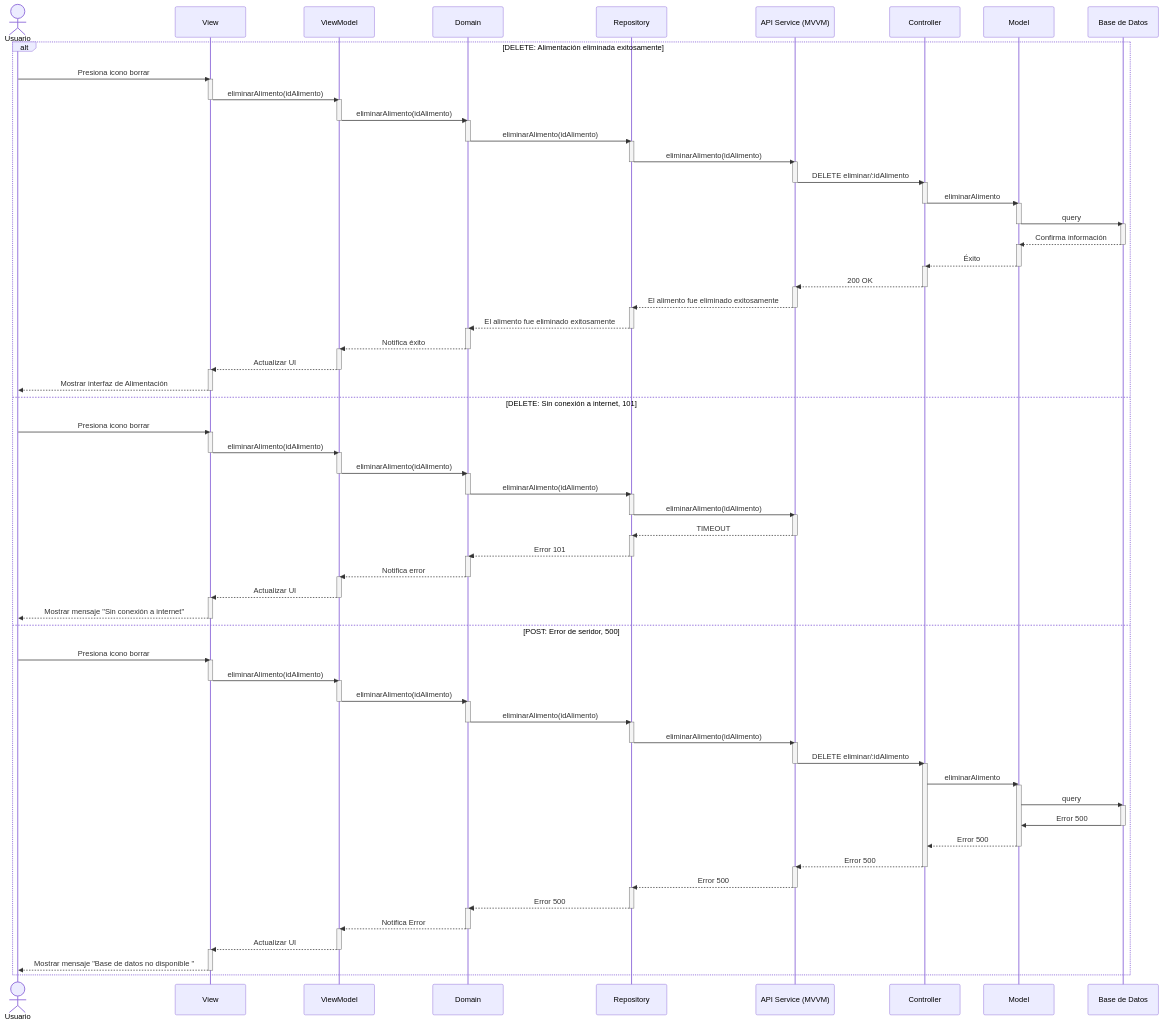
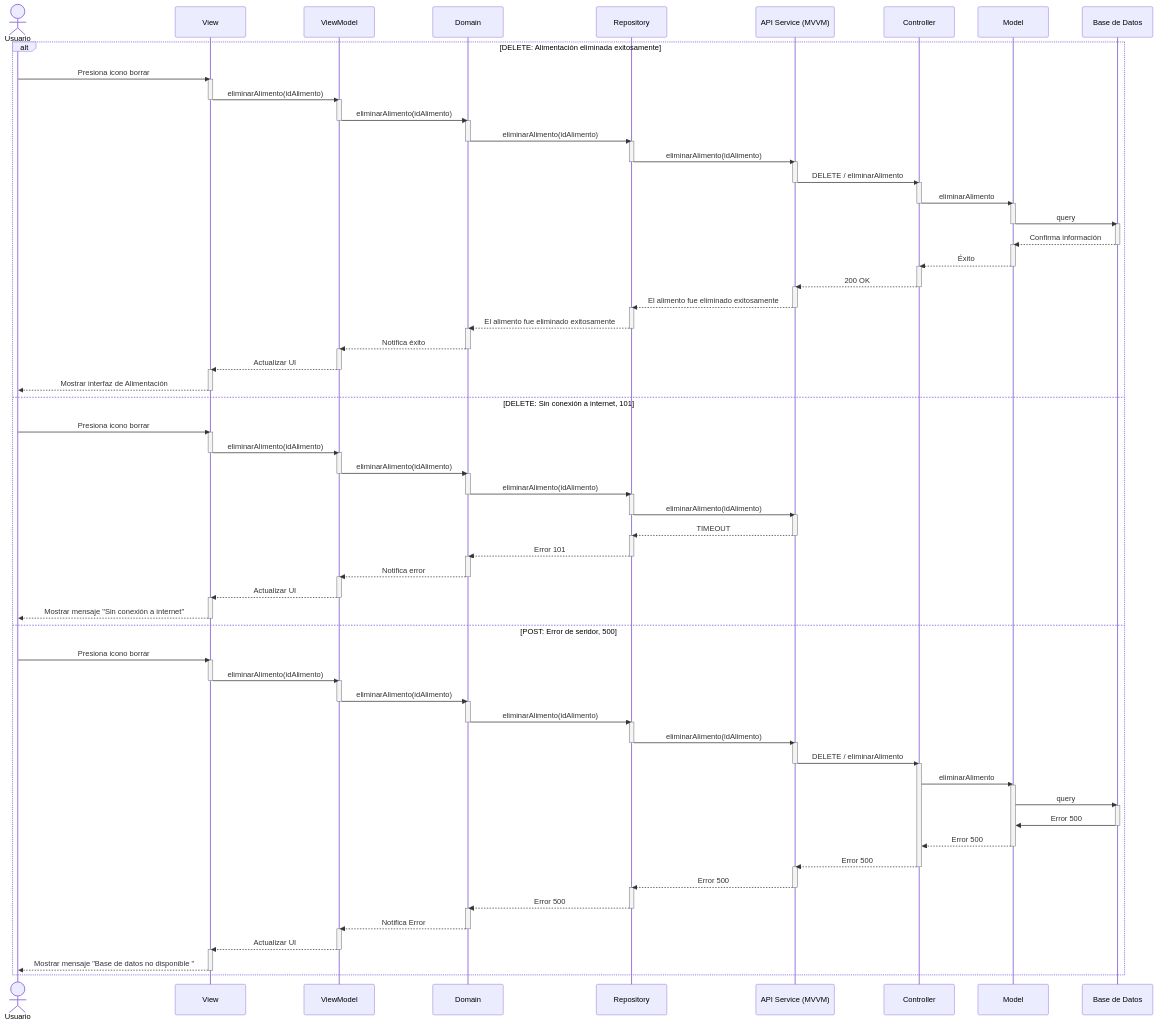
Before and after one commit to CodeAnd-Co/Documentacion: the diagram in documentation/docs/proyectos/larvas/documentacion/requisitos/RF25.md, drawn with Mermaid. The commit also changed other lines of this file and 1 other file, not shown here.

Commit message:
Modificar RF25

```diff
--- a/documentation/docs/proyectos/larvas/documentacion/requisitos/RF25.md
+++ b/documentation/docs/proyectos/larvas/documentacion/requisitos/RF25.md
@@ -56,7 +58,7 @@
         deactivate Repository
         activate APIService
 
-        APIService->>Controller: DELETE eliminar/:idAlimento
+        APIService->>Controller: DELETE / eliminarAlimento
         deactivate APIService
         activate Controller
 
@@ -159,7 +161,7 @@
         deactivate Repository
         activate APIService
 
-        APIService->>Controller: DELETE eliminar/:idAlimento
+        APIService->>Controller: DELETE / eliminarAlimento
         deactivate APIService
         activate Controller
 
```
